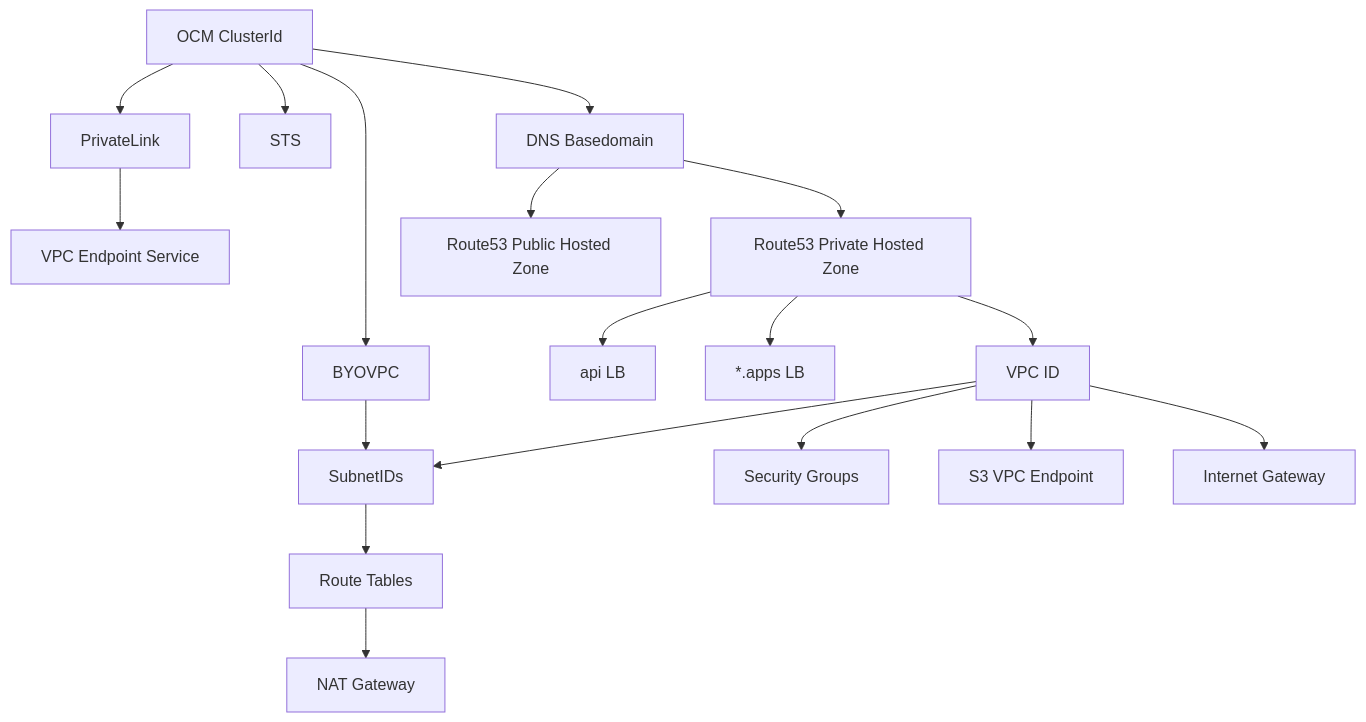
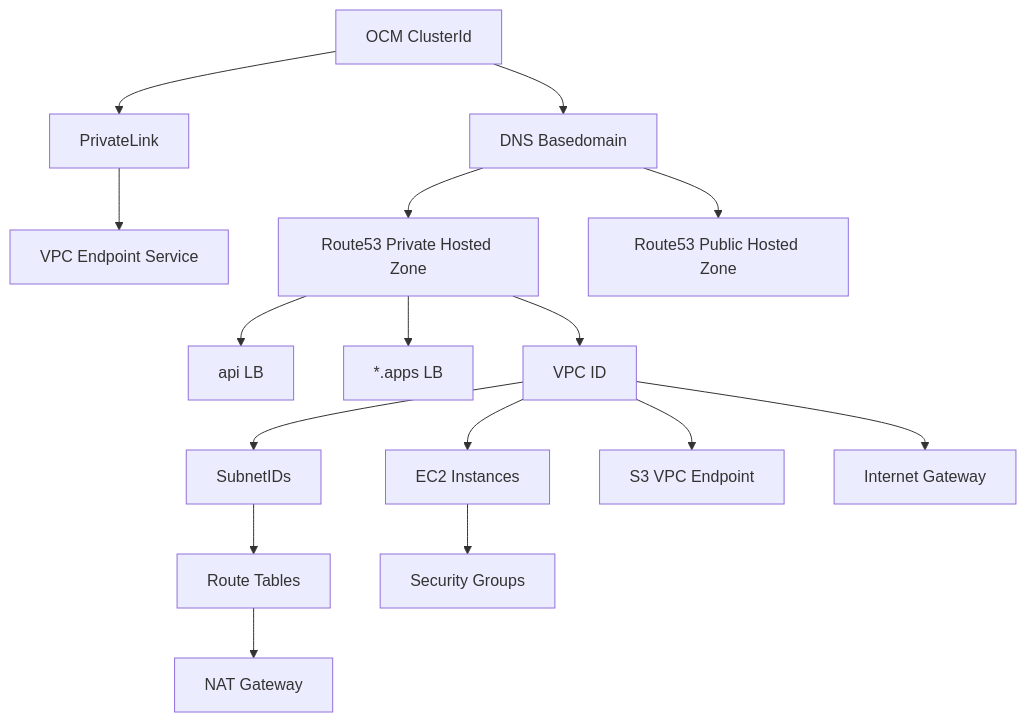
Before and after one commit to mjlshen/mirrosa: the diagram in README.md, drawn with Mermaid. The commit also changed other lines of this file and 2 other files, not shown here.

````diff
--- a/README.md
+++ b/README.md
@@ -33,20 +34,18 @@
 ```mermaid
 graph TD;
   C[OCM ClusterId]-->P[PrivateLink]
   P-->VPCES[VPC Endpoint Service]
-  C-->STS
   C-->D[DNS Basedomain]
-  C-->BYOVPC
-  BYOVPC-->Subnet
   D-->R[Route53 Private Hosted Zone]
   D-->RPub[Route53 Public Hosted Zone]
   R-->APILB[api LB]
   R-->ALB[*.apps LB]
   R-->V[VPC ID]
   V-->Subnet[SubnetIDs]
   Subnet-->RT[Route Tables]
-  V-->SG[Security Groups]
+  V-->EC[EC2 Instances]
+  EC-->SG[Security Groups]
   V-->VPCE[S3 VPC Endpoint]
   V-->IGW[Internet Gateway]
   RT-->NAT[NAT Gateway]
 ```
````
